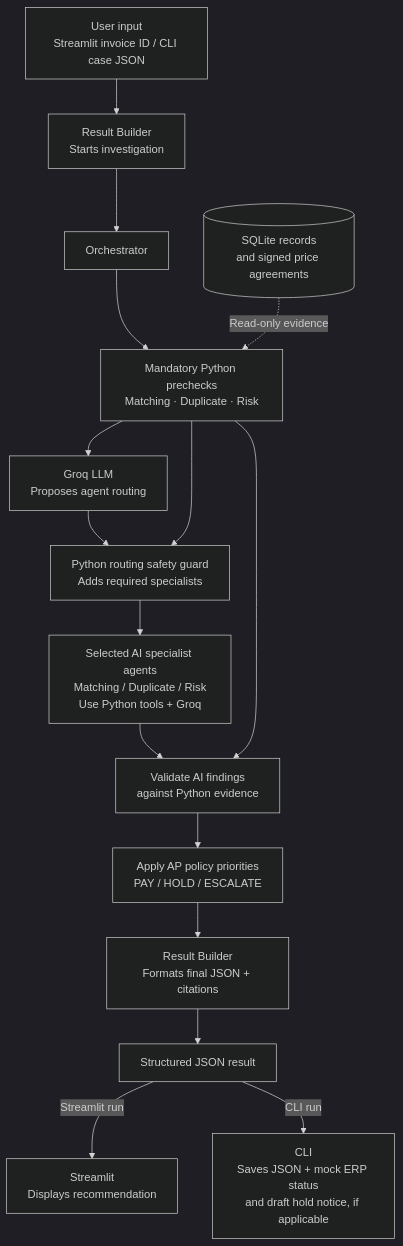
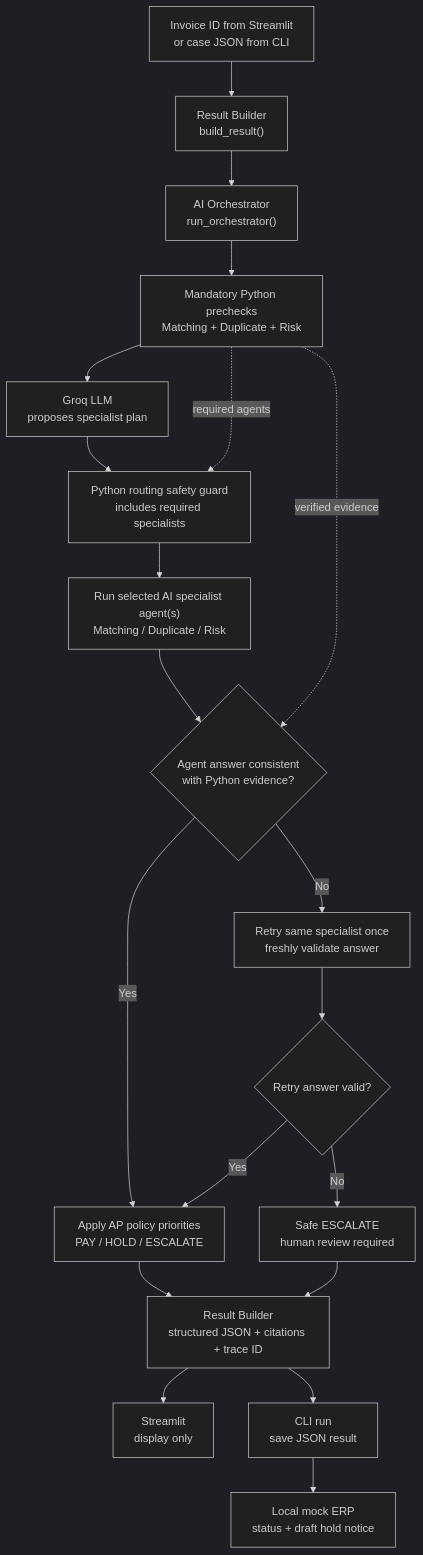
Before and after one commit to Praveen3kumaar/AZ4C-Invoice-Exception-Desk: the first of 2 diagrams in code/docs/architecture.md, drawn with Mermaid (dark theme). The commit also changed other lines of this file and 2 other files, not shown here.

Commit message:
Finalize documentation with agent retry workflow

````diff
--- a/code/docs/architecture.md
+++ b/code/docs/architecture.md
@@ -5,26 +9,31 @@
 ```mermaid
 flowchart TD
-    START["User input<br/>Streamlit invoice ID / CLI case JSON"]
-    BUILDER_IN["Result Builder<br/>Starts investigation"]
-    ORCH["Orchestrator"]
-    CHECKS["Mandatory Python prechecks<br/>Matching · Duplicate · Risk"]
-    DATA[("SQLite records<br/>and signed price agreements")]
-    ROUTE["Groq LLM<br/>Proposes agent routing"]
-    GUARD["Python routing safety guard<br/>Adds required specialists"]
-    AGENTS["Selected AI specialist agents<br/>Matching / Duplicate / Risk<br/>Use Python tools + Groq"]
-    VERIFY["Validate AI findings<br/>against Python evidence"]
+    INPUT["Invoice ID from Streamlit<br/>or case JSON from CLI"]
+    BUILDER["Result Builder<br/>build_result()"]
+    ORCH["AI Orchestrator<br/>run_orchestrator()"]
+    PRE["Mandatory Python prechecks<br/>Matching + Duplicate + Risk"]
+    ROUTE["Groq LLM<br/>proposes specialist plan"]
+    GUARD["Python routing safety guard<br/>includes required specialists"]
+    AGENTS["Run selected AI specialist agent(s)<br/>Matching / Duplicate / Risk"]
+    CHECK{"Agent answer consistent<br/>with Python evidence?"}
+    RETRY["Retry same specialist once<br/>freshly validate answer"]
+    CHECK2{"Retry answer valid?"}
     POLICY["Apply AP policy priorities<br/>PAY / HOLD / ESCALATE"]
-    BUILDER_OUT["Result Builder<br/>Formats final JSON + citations"]
-    OUT["Structured JSON result"]
-    UI["Streamlit<br/>Displays recommendation"]
-    CLI["CLI<br/>Saves JSON + mock ERP status<br/>and draft hold notice, if applicable"]
+    SAFE["Safe ESCALATE<br/>human review required"]
+    OUT["Result Builder<br/>structured JSON + citations + trace ID"]
+    UI["Streamlit<br/>display only"]
+    CLI["CLI run<br/>save JSON result"]
+    ERP["Local mock ERP<br/>status + draft hold notice"]
 
-    START --> BUILDER_IN --> ORCH --> CHECKS
-    DATA -. "Read-only evidence" .-> CHECKS
-    CHECKS --> ROUTE --> GUARD --> AGENTS --> VERIFY
-    CHECKS --> GUARD
-    CHECKS --> VERIFY
-    VERIFY --> POLICY --> BUILDER_OUT --> OUT
-    OUT -->|Streamlit run| UI
-    OUT -->|CLI run| CLI
+    INPUT --> BUILDER --> ORCH --> PRE --> ROUTE --> GUARD --> AGENTS --> CHECK
+    PRE -. "required agents" .-> GUARD
+    PRE -. "verified evidence" .-> CHECK
+    CHECK -->|Yes| POLICY
+    CHECK -->|No| RETRY --> CHECK2
+    CHECK2 -->|Yes| POLICY
+    CHECK2 -->|No| SAFE
+    POLICY --> OUT
+    SAFE --> OUT
+    OUT --> UI
+    OUT --> CLI --> ERP
 ```
````
